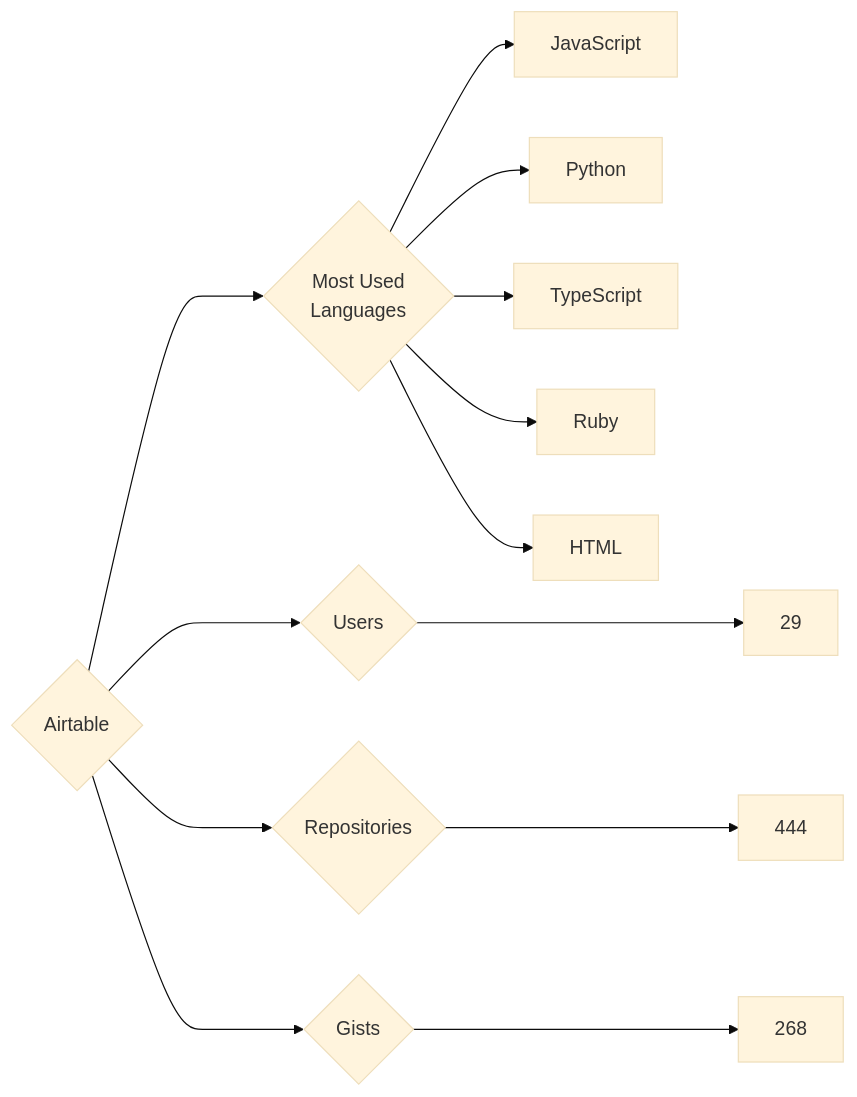
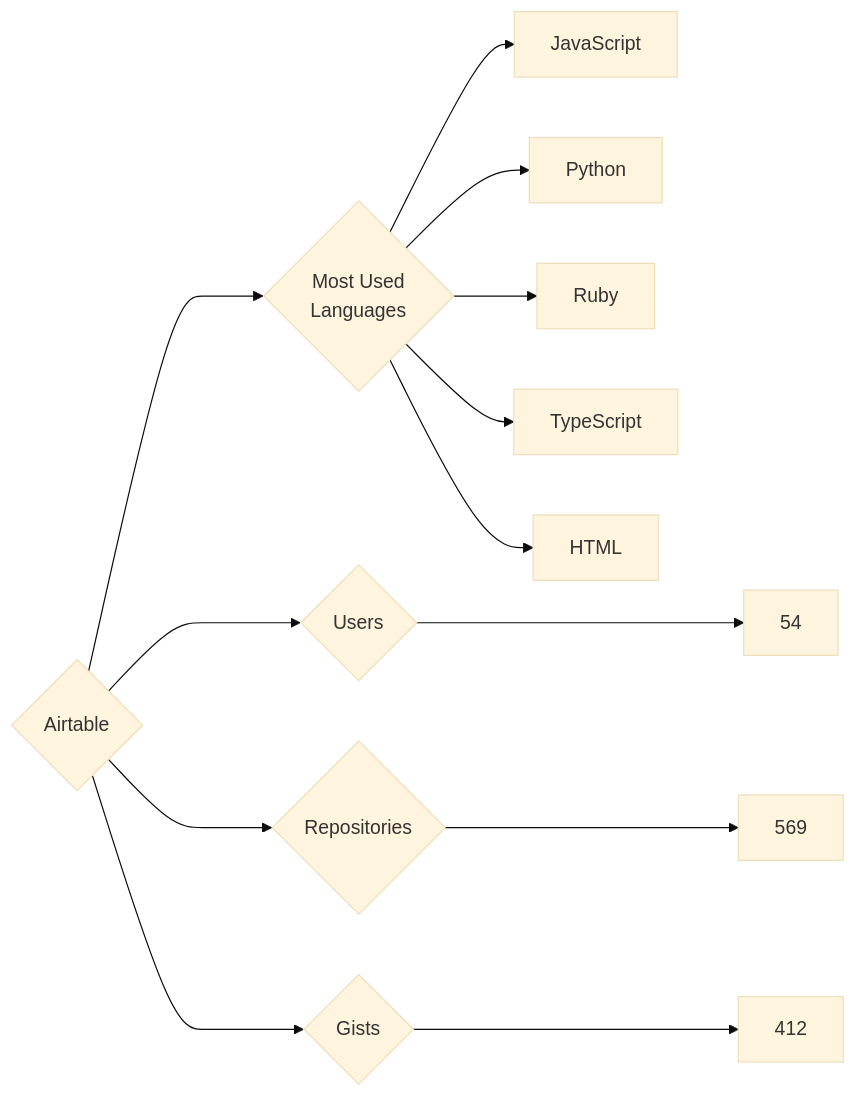
Before and after one commit to trickest/insiders: the diagram in targets/Airtable/README.md, drawn with Mermaid (base theme). The commit also changed 736 other files, not shown here.

````diff
--- a/targets/Airtable/README.md
+++ b/targets/Airtable/README.md
@@ -3,13 +3,13 @@
 ```mermaid
 graph LR
 COMPANY_NAME{Airtable}
-COMPANY_NAME ---> U{Users} ---> UN[29]
-COMPANY_NAME ---> R{Repositories} ---> RN[444]
-COMPANY_NAME ---> G{Gists} ---> GN[268]
+COMPANY_NAME ---> U{Users} ---> UN[54]
+COMPANY_NAME ---> R{Repositories} ---> RN[569]
+COMPANY_NAME ---> G{Gists} ---> GN[412]
 COMPANY_NAME ---> ML{Most Used<br>Languages}
 ML --> JavaScript[JavaScript]
 ML --> Python[Python]
+ML --> Ruby[Ruby]
 ML --> TypeScript[TypeScript]
-ML --> Ruby[Ruby]
 ML --> HTML[HTML]
 ```
````
